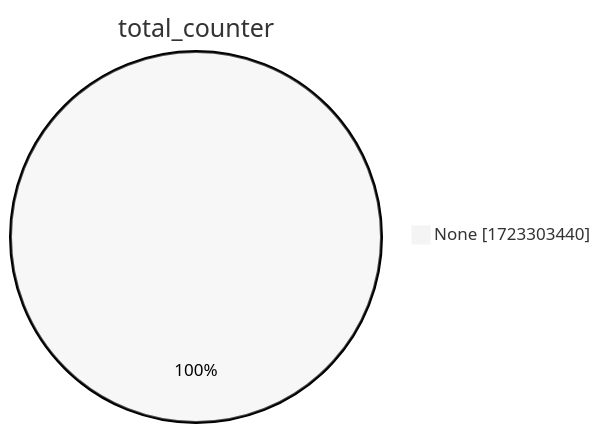
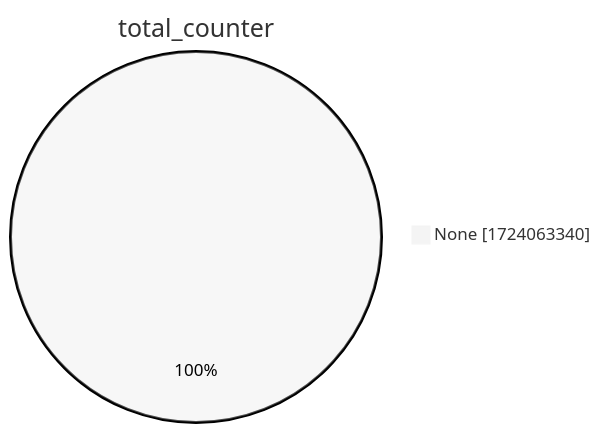
Before and after one commit to christiankrug/ctmonitor_visualization: the second of 15 diagrams in xenon2022/README.md, drawn with Mermaid (neutral theme). The commit also changed other lines of this file, not shown here.

````diff
--- a/xenon2022/README.md
+++ b/xenon2022/README.md
@@ -9,5 +9,5 @@
 ```mermaid
 pie showData
 title total_counter
-"None" :1723303440
+"None" :1724063340
 ```
````
